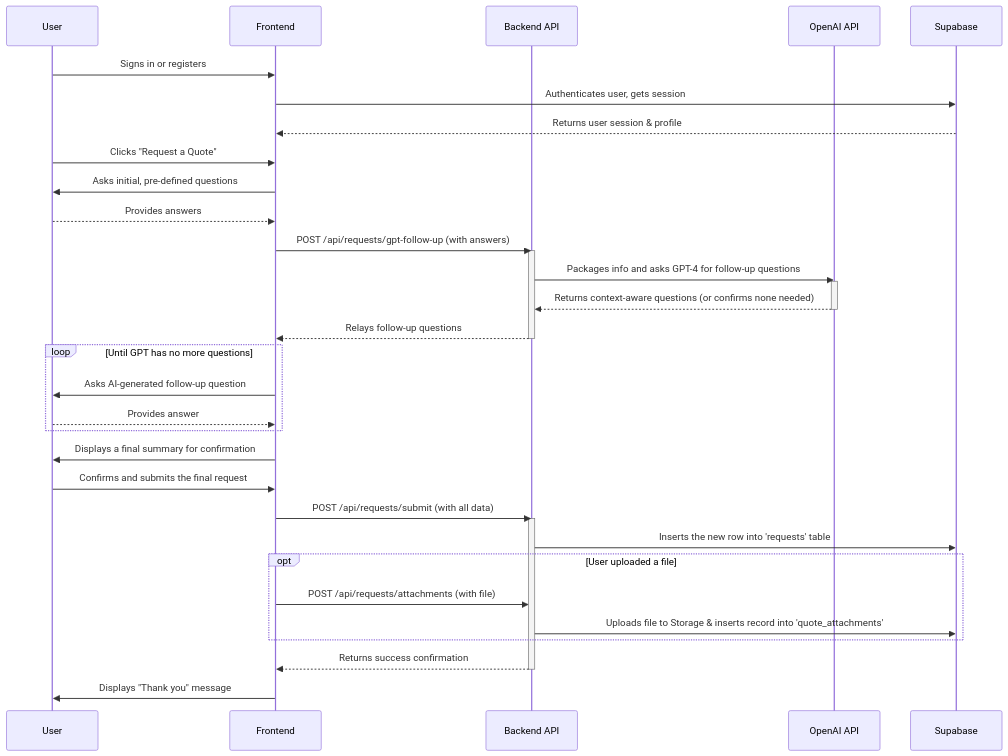
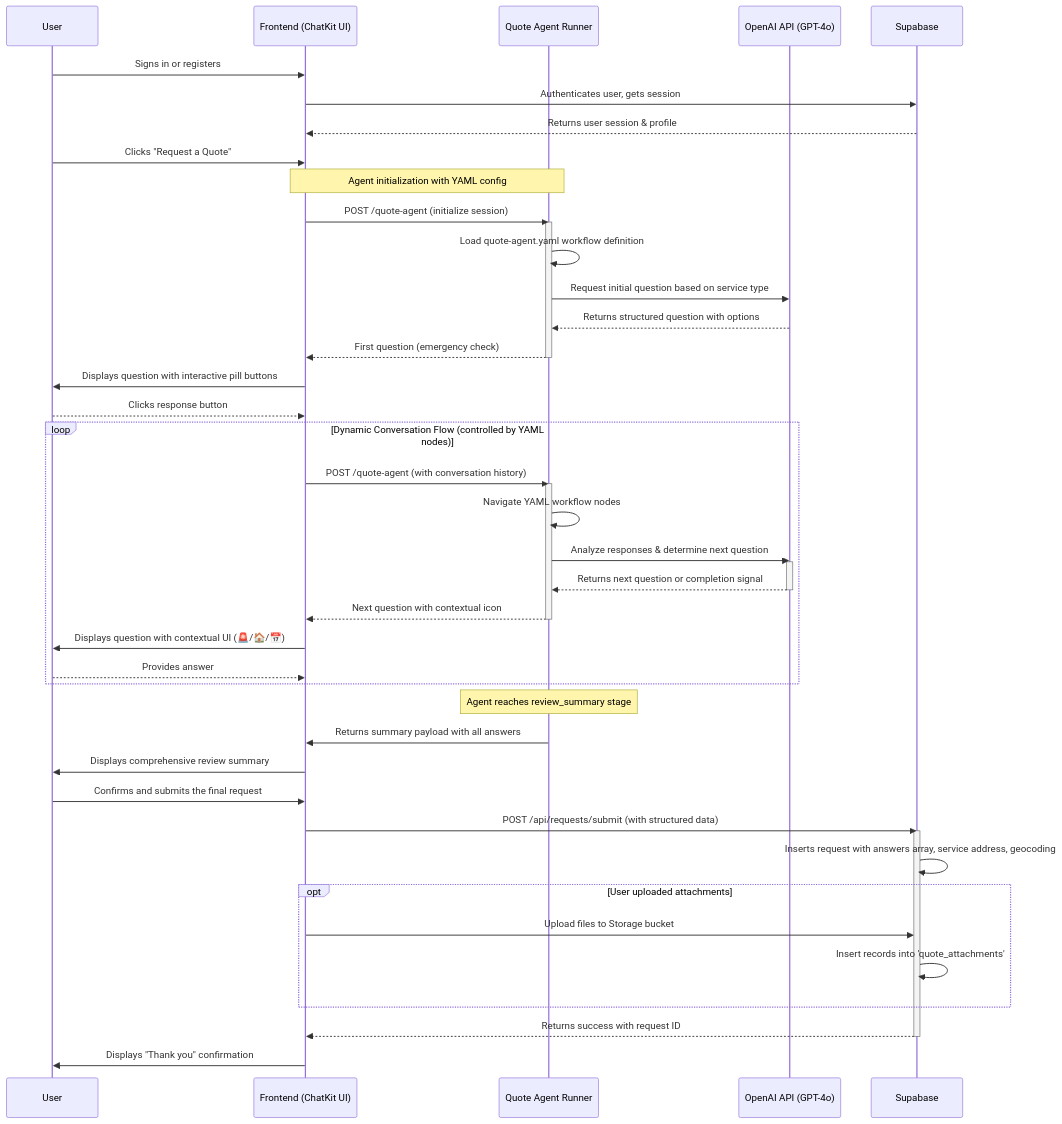
One commit to richfrem/PlumbingPoC changed the first of 3 diagrams in README.md. Above: the diagram before and after it, drawn with Mermaid. The commit also changed other lines of this file, not shown here.

First line of the commit message:
Docs: Update README to reflect AI Agent Toolkit architecture

````diff
--- a/README.md
+++ b/README.md
@@ -120,46 +210,59 @@
 ```mermaid
 sequenceDiagram
     participant User
-    participant Frontend
-    participant Backend API
-    participant OpenAI API
+    participant Frontend (ChatKit UI)
+    participant Quote Agent Runner
+    participant OpenAI API (GPT-4o)
     participant Supabase
 
-    User->>Frontend: Signs in or registers
-    Frontend->>Supabase: Authenticates user, gets session
-    Supabase-->>Frontend: Returns user session & profile
+    User->>Frontend (ChatKit UI): Signs in or registers
+    Frontend (ChatKit UI)->>Supabase: Authenticates user, gets session
+    Supabase-->>Frontend (ChatKit UI): Returns user session & profile
 
-    User->>Frontend: Clicks "Request a Quote"
-    Frontend->>User: Asks initial, pre-defined questions
-    User-->>Frontend: Provides answers
-
-    Frontend->>Backend API: POST /api/requests/gpt-follow-up (with answers)
-    activate Backend API
-    Backend API->>OpenAI API: Packages info and asks GPT-4 for follow-up questions
-    activate OpenAI API
-    OpenAI API-->>Backend API: Returns context-aware questions (or confirms none needed)
-    deactivate OpenAI API
-    Backend API-->>Frontend: Relays follow-up questions
-    deactivate Backend API
+    User->>Frontend (ChatKit UI): Clicks "Request a Quote"
     
-    loop Until GPT has no more questions
-        Frontend->>User: Asks AI-generated follow-up question
-        User-->>Frontend: Provides answer
+    Note over Frontend (ChatKit UI),Quote Agent Runner: Agent initialization with YAML config
+    Frontend (ChatKit UI)->>Quote Agent Runner: POST /quote-agent (initialize session)
+    activate Quote Agent Runner
+    Quote Agent Runner->>Quote Agent Runner: Load quote-agent.yaml workflow definition
+    Quote Agent Runner->>OpenAI API (GPT-4o): Request initial question based on service type
+    OpenAI API (GPT-4o)-->>Quote Agent Runner: Returns structured question with options
+    Quote Agent Runner-->>Frontend (ChatKit UI): First question (emergency check)
+    deactivate Quote Agent Runner
+    
+    Frontend (ChatKit UI)->>User: Displays question with interactive pill buttons
+    User-->>Frontend (ChatKit UI): Clicks response button
+    
+    loop Dynamic Conversation Flow (controlled by YAML nodes)
+        Frontend (ChatKit UI)->>Quote Agent Runner: POST /quote-agent (with conversation history)
+        activate Quote Agent Runner
+        Quote Agent Runner->>Quote Agent Runner: Navigate YAML workflow nodes
+        Quote Agent Runner->>OpenAI API (GPT-4o): Analyze responses & determine next question
+        activate OpenAI API (GPT-4o)
+        OpenAI API (GPT-4o)-->>Quote Agent Runner: Returns next question or completion signal
+        deactivate OpenAI API (GPT-4o)
+        Quote Agent Runner-->>Frontend (ChatKit UI): Next question with contextual icon
+        deactivate Quote Agent Runner
+        
+        Frontend (ChatKit UI)->>User: Displays question with contextual UI (🚨/🏠/📅)
+        User-->>Frontend (ChatKit UI): Provides answer
     end
     
-    Frontend->>User: Displays a final summary for confirmation
+    Note over Quote Agent Runner: Agent reaches review_summary stage
+    Quote Agent Runner->>Frontend (ChatKit UI): Returns summary payload with all answers
+    Frontend (ChatKit UI)->>User: Displays comprehensive review summary
 
-    User->>Frontend: Confirms and submits the final request
-    Frontend->>Backend API: POST /api/requests/submit (with all data)
-    activate Backend API
-    Backend API->>Supabase: Inserts the new row into 'requests' table
+    User->>Frontend (ChatKit UI): Confirms and submits the final request
+    Frontend (ChatKit UI)->>Supabase: POST /api/requests/submit (with structured data)
+    activate Supabase
+    Supabase->>Supabase: Inserts request with answers array, service address, geocoding
     
-    opt User uploaded a file
-        Frontend->>Backend API: POST /api/requests/attachments (with file)
-        Backend API->>Supabase: Uploads file to Storage & inserts record into 'quote_attachments'
+    opt User uploaded attachments
+        Frontend (ChatKit UI)->>Supabase: Upload files to Storage bucket
+        Supabase->>Supabase: Insert records into 'quote_attachments'
     end
 
-    Backend API-->>Frontend: Returns success confirmation
-    deactivate Backend API
-    Frontend->>User: Displays "Thank you" message
+    Supabase-->>Frontend (ChatKit UI): Returns success with request ID
+    deactivate Supabase
+    Frontend (ChatKit UI)->>User: Displays "Thank you" confirmation
 ```
````
